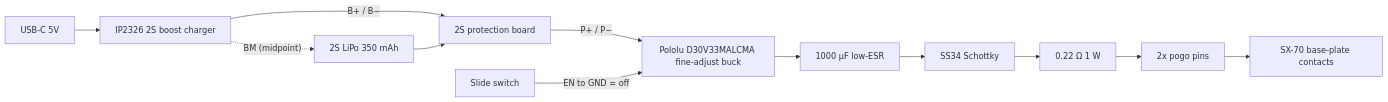
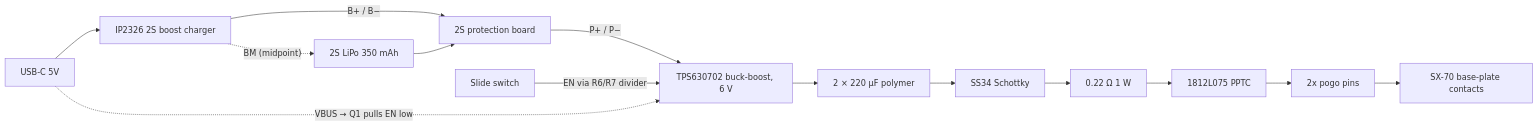
The diagram in docs/design.md (nevetssf/sx-70-battery), drawn with Mermaid before and after one commit. The commit also changed other lines of this file and 7 other files, not shown here.

````diff
--- a/docs/design.md
+++ b/docs/design.md
@@ -36,14 +36,16 @@
 ```mermaid
 flowchart LR
   USB[USB-C 5V] --> CHG[IP2326 2S boost charger]
   CHG -- "B+ / B−" --> BMS
   CHG -. "BM (midpoint)" .-> CELLS
   CELLS[2S LiPo 350 mAh] --> BMS[2S protection board]
-  BMS -- "P+ / P−" --> REG[Pololu D30V33MALCMA fine-adjust buck]
-  SW[Slide switch] -- "EN to GND = off" --> REG
-  REG --> C[1000 µF low-ESR]
+  BMS -- "P+ / P−" --> REG[TPS630702 buck-boost, 6 V]
+  SW[Slide switch] -- "EN via R6/R7 divider" --> REG
+  USB -. "VBUS → Q1 pulls EN low" .-> REG
+  REG --> C[2 × 220 µF polymer]
   C --> D[SS34 Schottky]
   D --> R[0.22 Ω 1 W]
-  R --> P[2x pogo pins]
+  R --> F[1812L075 PPTC]
+  F --> P[2x pogo pins]
   P --> CAM[SX-70 base-plate contacts]
 ```
````
